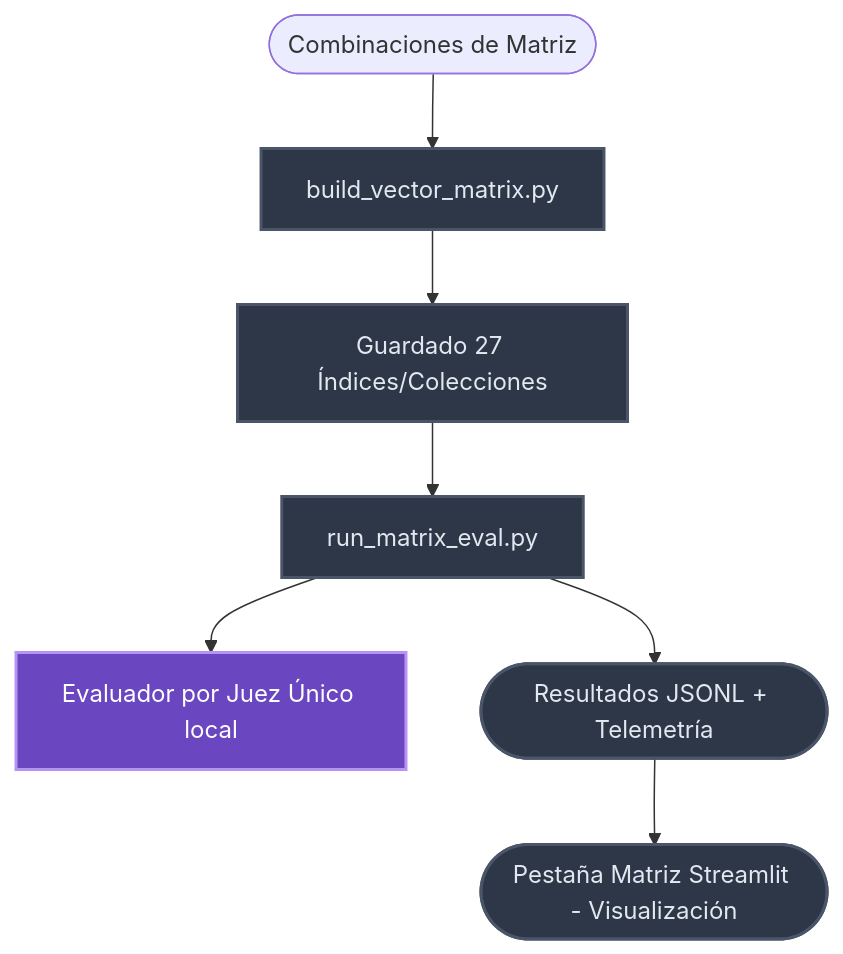
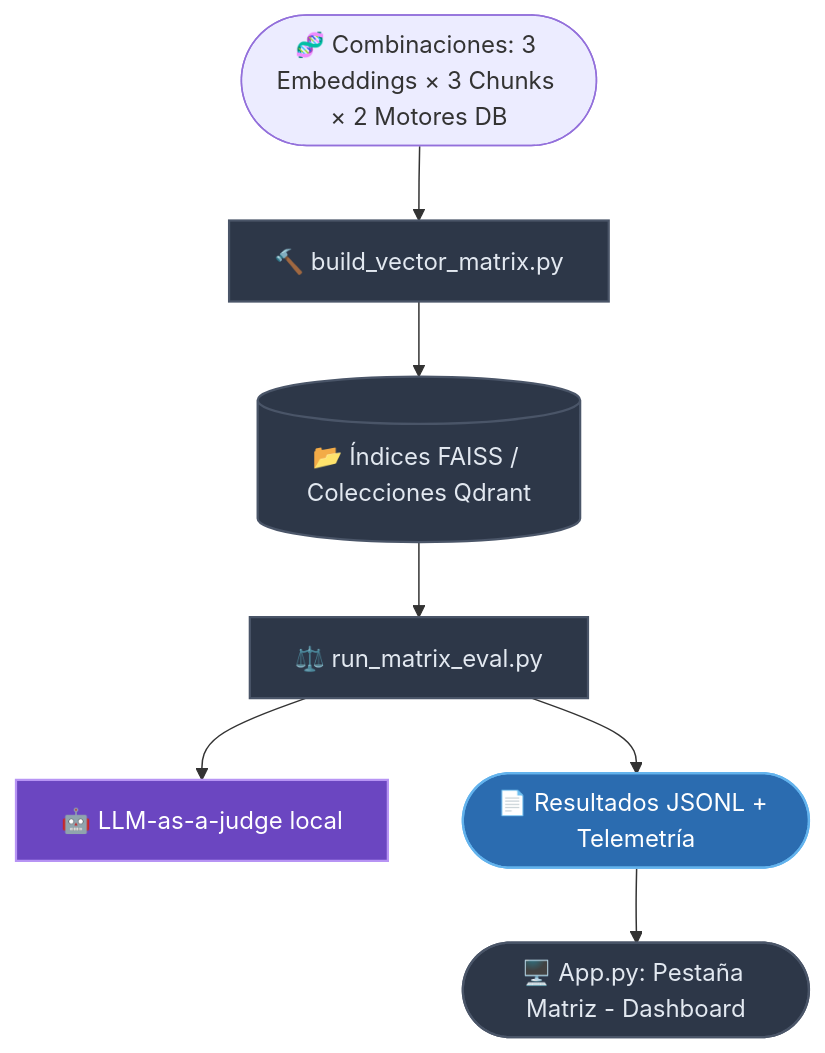
The sixth of 6 diagrams in docs/Documentation.md (AlexPrietoRomani/TFM-allucination), drawn with Mermaid before and after one commit. The commit also changed other lines of this file, not shown here.

Commit message:
docs: actualiza diagramas de enrutamiento y matriz de experimentos

````diff
--- a/docs/Documentation.md
+++ b/docs/Documentation.md
@@ -209,12 +238,13 @@
 ```mermaid
 graph TD
-    classDef step fill:#2d3748,stroke:#4a5568,stroke-width:2px,color:#e2e8f0;
-    classDef metrics fill:#6b46c1,stroke:#b794f4,stroke-width:2px,color:#fff;
+    classDef step fill:#2d3748,stroke:#4a5568,stroke-width:1.5px,color:#e2e8f0;
+    classDef metrics fill:#6b46c1,stroke:#b794f4,stroke-width:1.5px,color:#fff;
+    classDef file fill:#2b6cb0,stroke:#63b3ed,stroke-width:1.5px,color:#fff;
 
-    Params([Combinaciones de Matriz]) --> Build[build_vector_matrix.py]:::step
-    Build --> Index[Guardado 27 Índices/Colecciones]:::step
-    Index --> Eval[run_matrix_eval.py]:::step
-    Eval --> Juez[Evaluador por Juez Único local]:::metrics
-    Eval --> JSON([Resultados JSONL + Telemetría]):::step
-    JSON --> UI([Pestaña Matriz Streamlit - Visualización]):::step
+    Params([🧬 Combinaciones: 3 Embeddings × 3 Chunks × 2 Motores DB]) --> Build[🔨 build_vector_matrix.py]:::step
+    Build --> Index[(📂 Índices FAISS / Colecciones Qdrant)]:::step
+    Index --> Eval[⚖️ run_matrix_eval.py]:::step
+    Eval --> Juez[🤖 LLM-as-a-judge local]:::metrics
+    Eval --> JSON([📄 Resultados JSONL + Telemetría]):::file
+    JSON --> UI([🖥️ App.py: Pestaña Matriz - Dashboard]):::step
 ```
````
